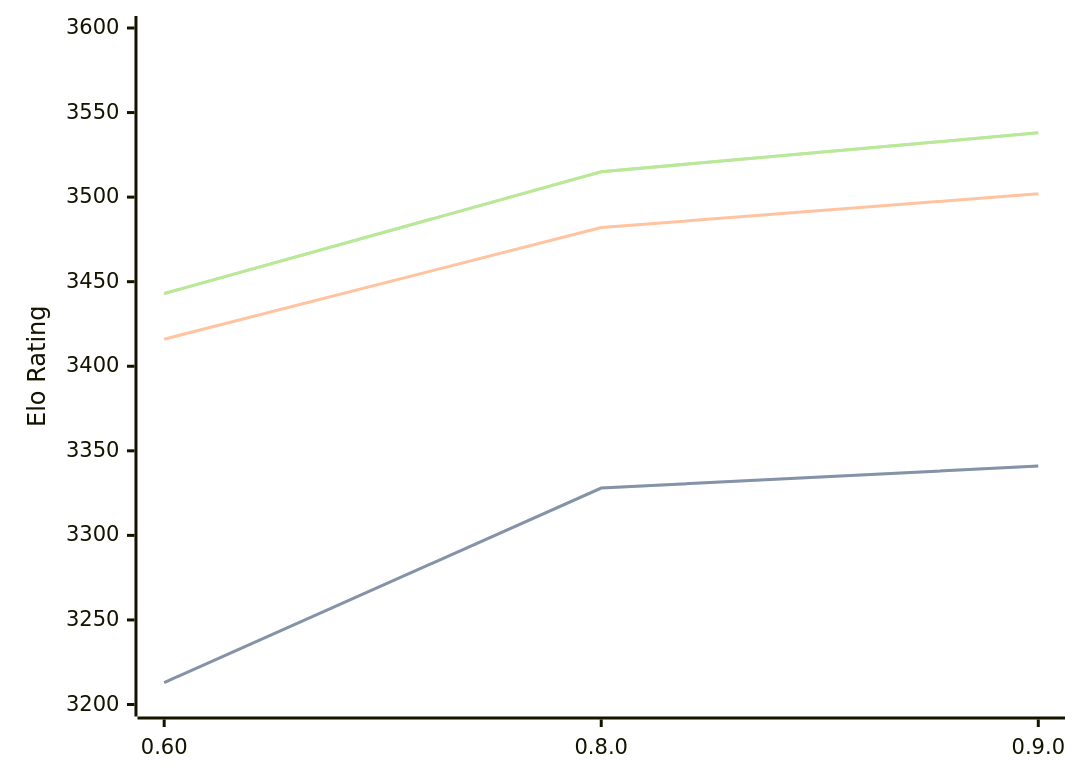
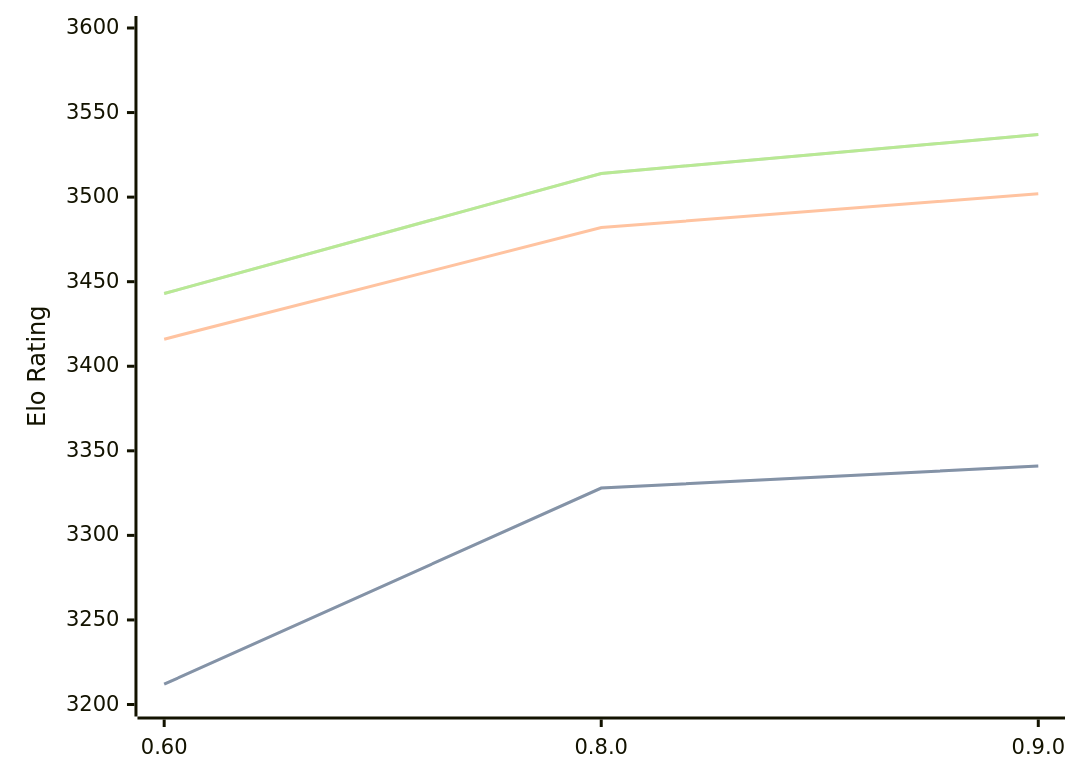
One commit to computer-chess-index/cci changed the diagram in engines/Motor.md. Above: the diagram before and after it, drawn with Mermaid. The commit also changed other lines of this file, not shown here.

Commit message:
Update CCI Ratings (ELO VLTC) - 2026-09-11

````diff
--- a/engines/Motor.md
+++ b/engines/Motor.md
@@ -33,11 +33,11 @@
 ```mermaid
 %%{init: {"theme":"base","themeVariables":{"seriesColors:['#a3a3a3','#222221','#faa371']}}}%%
 xychart-beta
   x-axis ["0.60", "0.8.0", "0.9.0"]
   y-axis "Elo Rating" 3200 --> 3600
-  line "" [3213, 3328, 3341]
-  line "STC (8.0+0.08s)" [3213, 3328, 3341]
+  line "" [3212, 3328, 3341]
+  line "STC (8.0+0.08s)" [3212, 3328, 3341]
   line "LTC (60.0+0.60s)" [3416, 3482, 3502]
-  line "" [3443, 3515, 3538]
-  line "VLTC (2m24s+1.12s)" [3443, 3515, 3538]
+  line "" [3443, 3514, 3537]
+  line "VLTC (2m24s+1.12s)" [3443, 3514, 3537]
 ```
````
